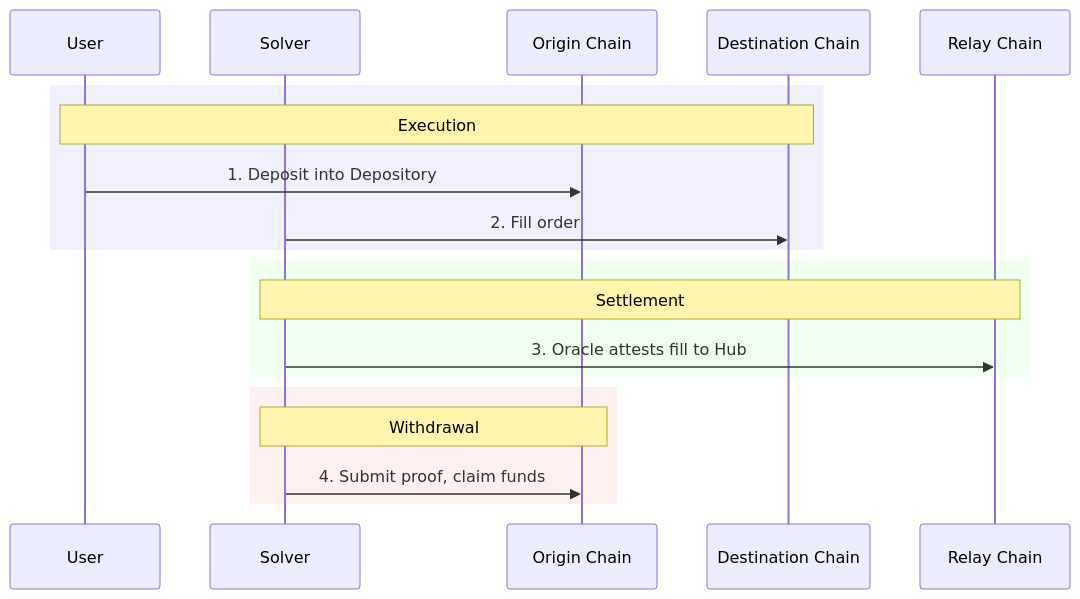
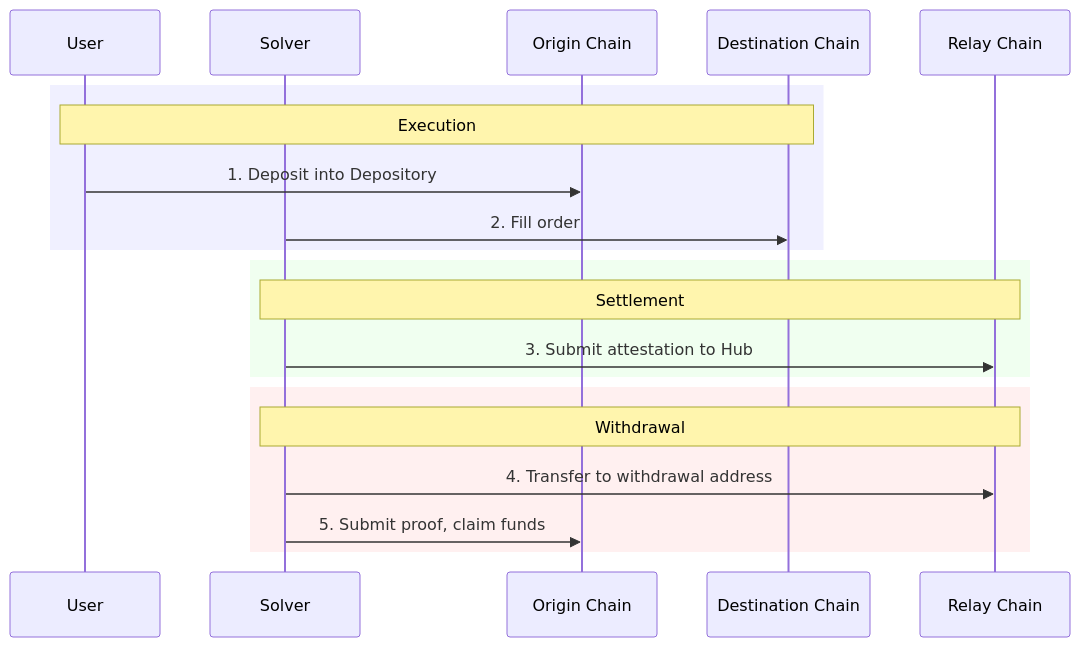
One commit to relayprotocol/relay-docs changed the first of 6 diagrams in references/protocol/how-it-works.mdx. Above: the diagram before and after it, drawn with Mermaid. The commit also changed other lines of this file and 5 other files, not shown here.

First line of the commit message:
Rewrite protocol flows: pull-based Oracle, refund/forced exit, withdrawal updates

````diff
--- a/references/protocol/how-it-works.mdx
+++ b/references/protocol/how-it-works.mdx
@@ -24,24 +24,25 @@
 ```mermaid
 sequenceDiagram
     participant User
     participant Solver
     participant O as Origin Chain
     participant D as Destination Chain
     participant R as Relay Chain
 
     rect rgb(240, 240, 255)
     Note over User,D: Execution
     User->>O: 1. Deposit into Depository
     Solver->>D: 2. Fill order
     end
 
     rect rgb(240, 255, 240)
     Note over Solver,R: Settlement
-    Solver->>R: 3. Oracle attests fill to Hub
+    Solver->>R: 3. Submit attestation to Hub
     end
 
     rect rgb(255, 240, 240)
-    Note over Solver,O: Withdrawal
-    Solver->>O: 4. Submit proof, claim funds
+    Note over Solver,R: Withdrawal
+    Solver->>R: 4. Transfer to withdrawal address
+    Solver->>O: 5. Submit proof, claim funds
     end
 ```
````
